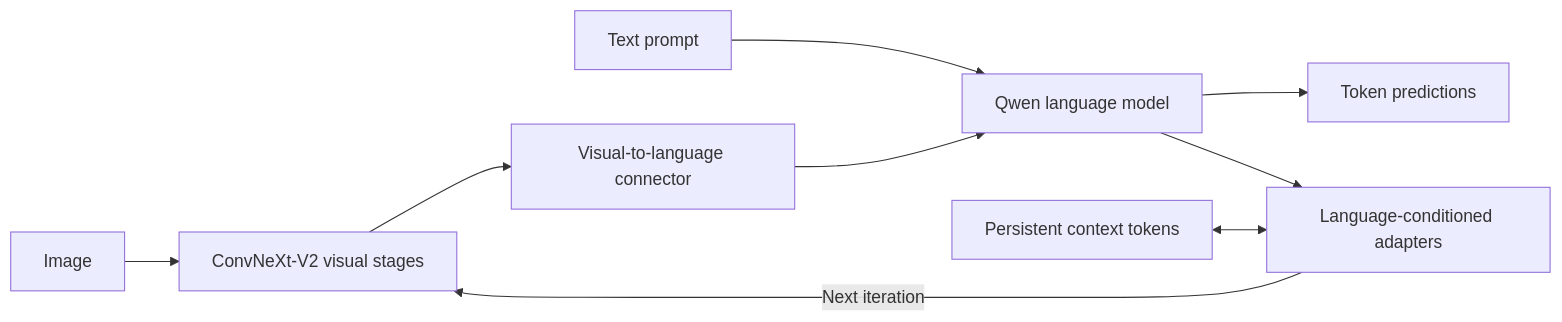
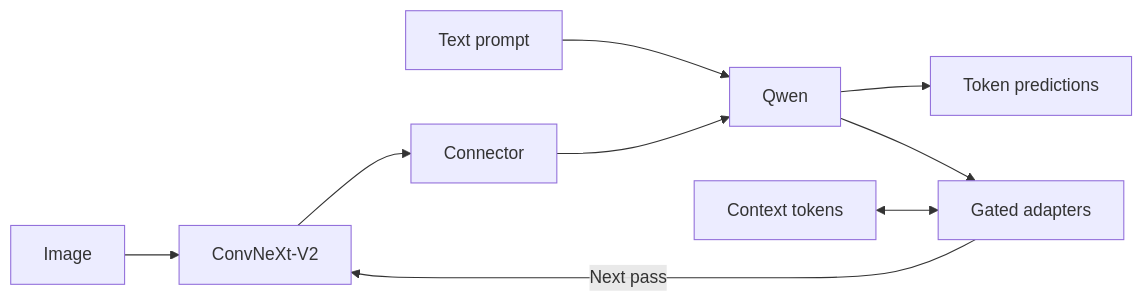
One commit to rbybryan/neural-VLM changed the diagram in README.md. Above: the diagram before and after it, drawn with Mermaid. The commit also changed other lines of this file and 2 other files, not shown here.

Commit message:
Rewrite the project overview around recurrent-model research (#2)

````diff
--- a/README.md
+++ b/README.md
@@ -32,11 +22,11 @@
 ```mermaid
 flowchart LR
-    I[Image] --> V[ConvNeXt-V2 visual stages]
-    V --> C[Visual-to-language connector]
-    T[Text prompt] --> L[Qwen language model]
+    I[Image] --> V[ConvNeXt-V2]
+    V --> C[Connector]
+    T[Text prompt] --> L[Qwen]
     C --> L
     L --> O[Token predictions]
-    L --> A[Language-conditioned adapters]
-    M[Persistent context tokens] <--> A
-    A -->|Next iteration| V
+    L --> A[Gated adapters]
+    M[Context tokens] <--> A
+    A -->|Next pass| V
 ```
````
